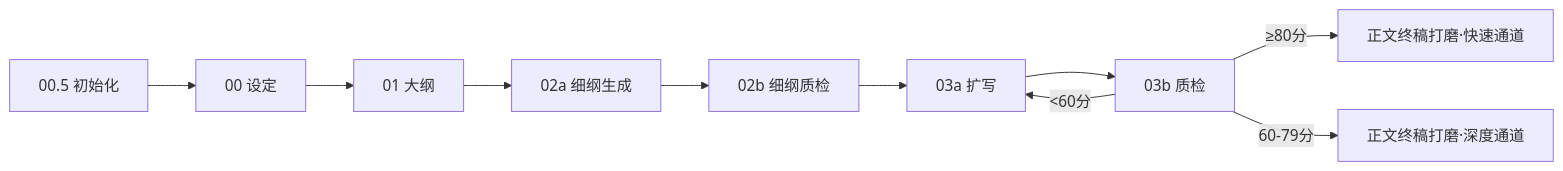
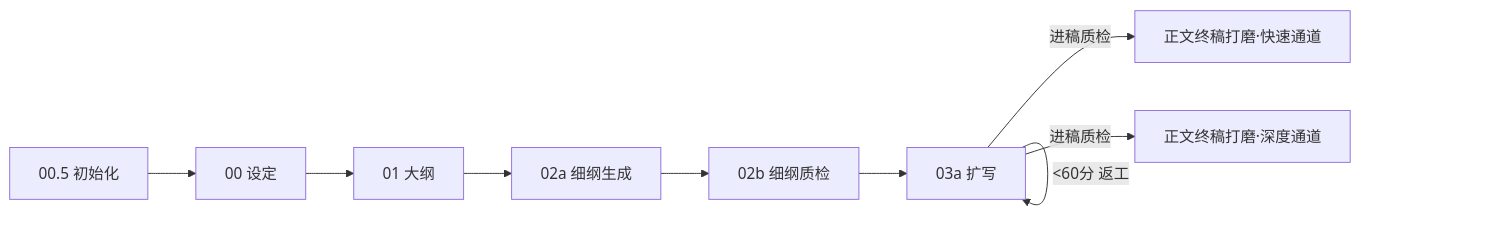
Before and after one commit to 1449904238/fiction-writing: the diagram in 项目初始化师/SKILL.md, drawn with Mermaid. The commit also changed other lines of this file and 93 other files, not shown here.

````diff
--- a/项目初始化师/SKILL.md
+++ b/项目初始化师/SKILL.md
@@ -17,9 +17,9 @@
 ```mermaid
 graph LR
   S0["00.5 初始化"] --> S1["00 设定"] --> S2["01 大纲"]
   S2 --> S2a["02a 细纲生成"] --> S2b["02b 细纲质检"]
-  S2b --> S3a["03a 扩写"] --> S3b["03b 质检"]
-  S3b -->|≥80分| S5f["正文终稿打磨·快速通道"]
-  S3b -->|60-79分| S5d["正文终稿打磨·深度通道"]
-  S3b -->|<60分| S3a
+  S2b --> S3a["03a 扩写"]
+  S3a -->|"进稿质检"| S5f["正文终稿打磨·快速通道"]
+  S3a -->|"进稿质检"| S5d["正文终稿打磨·深度通道"]
+  S3a -->|<60分 返工| S3a
 ```
````
